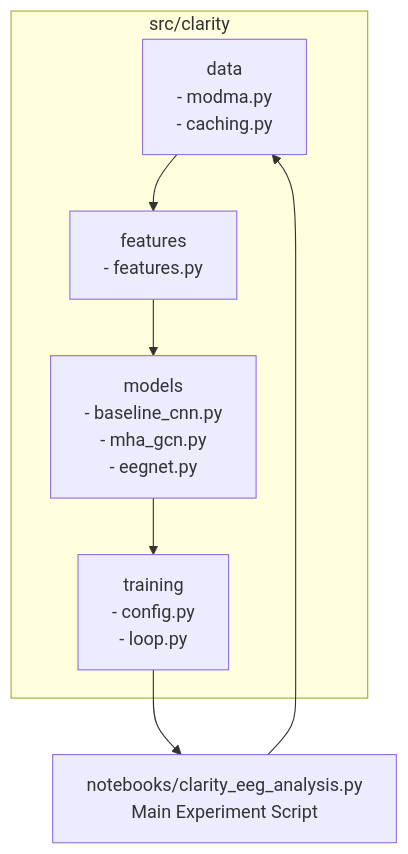
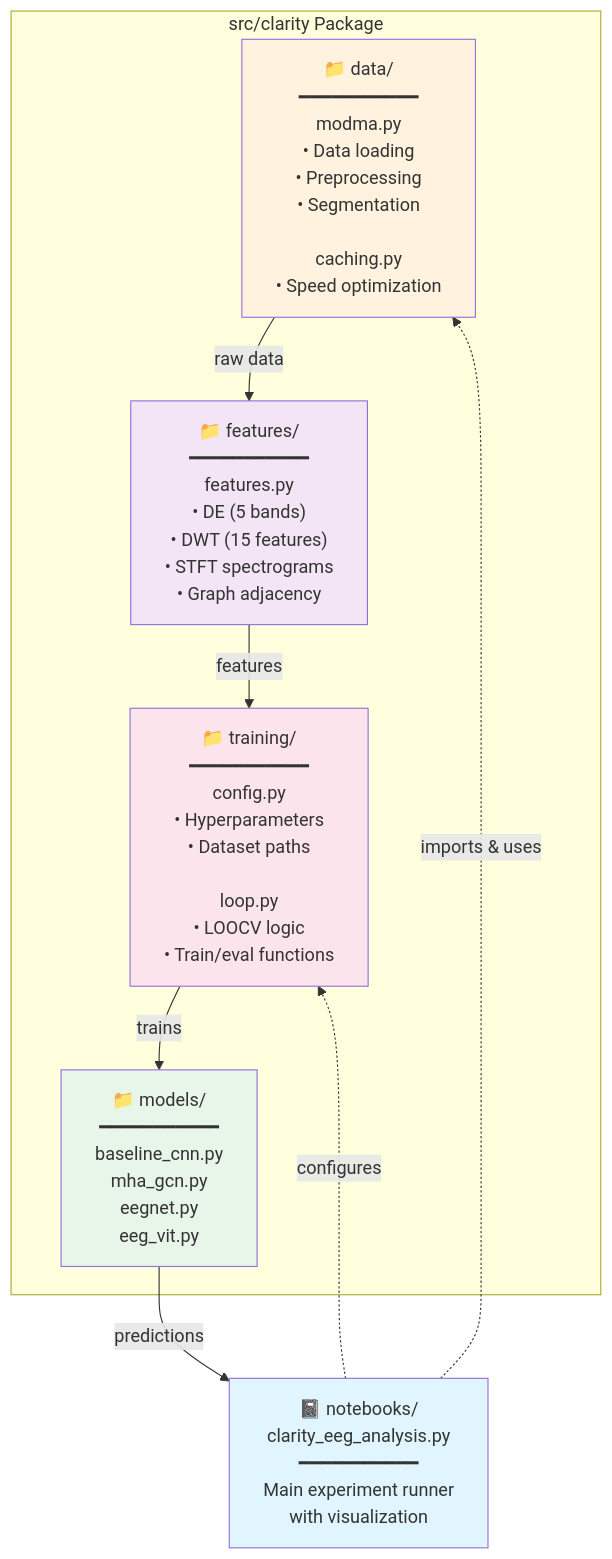
The second of 2 diagrams in README.md (The-Obstacle-Is-The-Way/clarity-ai-jupyter), drawn with Mermaid before and after one commit.

````diff
--- a/README.md
+++ b/README.md
@@ -90,17 +90,27 @@
 ```mermaid
 graph TD
-    subgraph src/clarity
-        A["data<br/>- modma.py<br/>- caching.py"]
-        B["features<br/>- features.py"]
-        C["models<br/>- baseline_cnn.py<br/>- mha_gcn.py<br/>- eegnet.py"]
-        D["training<br/>- config.py<br/>- loop.py"]
+    subgraph "src/clarity Package"
+        A["📁 data/<br/>━━━━━━━━━━━<br/>modma.py<br/>• Data loading<br/>• Preprocessing<br/>• Segmentation<br/><br/>caching.py<br/>• Speed optimization"]
+        
+        B["📁 features/<br/>━━━━━━━━━━━<br/>features.py<br/>• DE (5 bands)<br/>• DWT (15 features)<br/>• STFT spectrograms<br/>• Graph adjacency"]
+        
+        C["📁 models/<br/>━━━━━━━━━━━<br/>baseline_cnn.py<br/>mha_gcn.py<br/>eegnet.py<br/>eeg_vit.py"]
+        
+        D["📁 training/<br/>━━━━━━━━━━━<br/>config.py<br/>• Hyperparameters<br/>• Dataset paths<br/><br/>loop.py<br/>• LOOCV logic<br/>• Train/eval functions"]
     end
 
-    E["notebooks/clarity_eeg_analysis.py<br/>Main Experiment Script"]
+    E["📓 notebooks/<br/>clarity_eeg_analysis.py<br/>━━━━━━━━━━━<br/>Main experiment runner<br/>with visualization"]
 
-    E --> A
-    A --> B
-    B --> C
-    C --> D
-    D --> E
+    E -.->|"imports & uses"| A
+    E -.->|"configures"| D
+    A -->|"raw data"| B
+    B -->|"features"| D
+    D -->|"trains"| C
+    C -->|"predictions"| E
+    
+    style A fill:#fff3e0
+    style B fill:#f3e5f5
+    style C fill:#e8f5e9
+    style D fill:#fce4ec
+    style E fill:#e1f5fe
 ```
````
